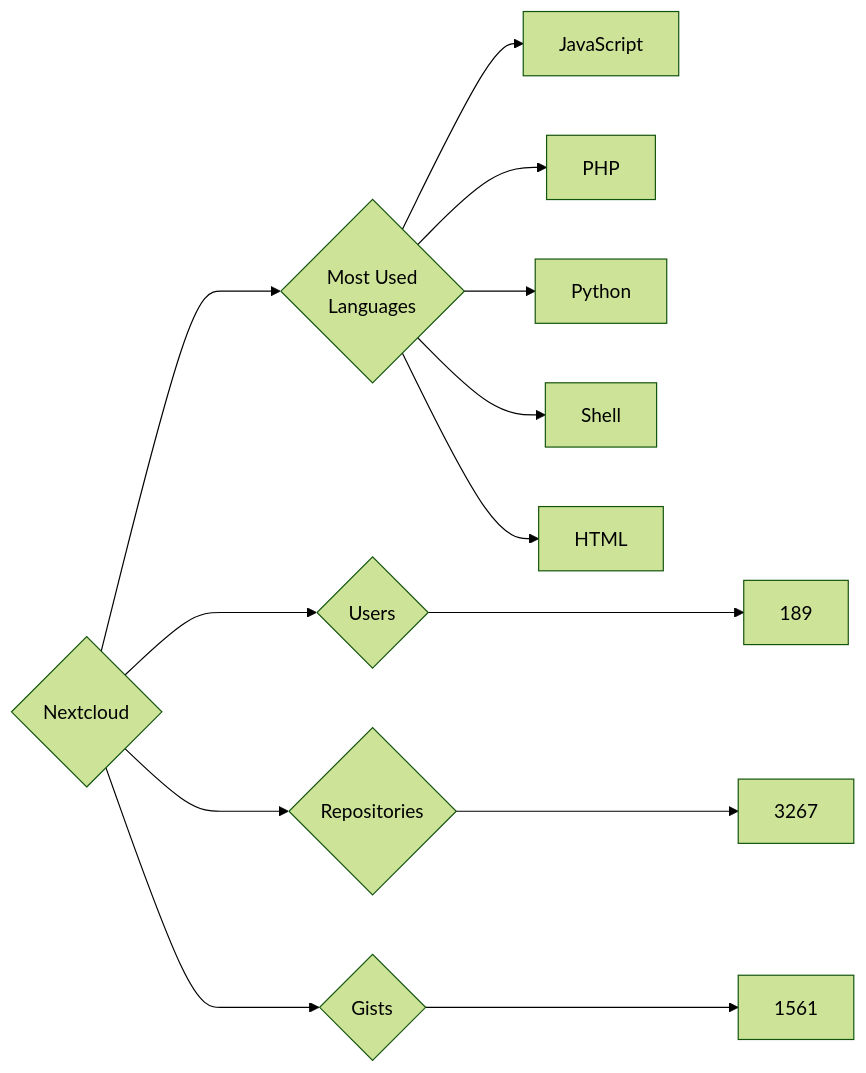
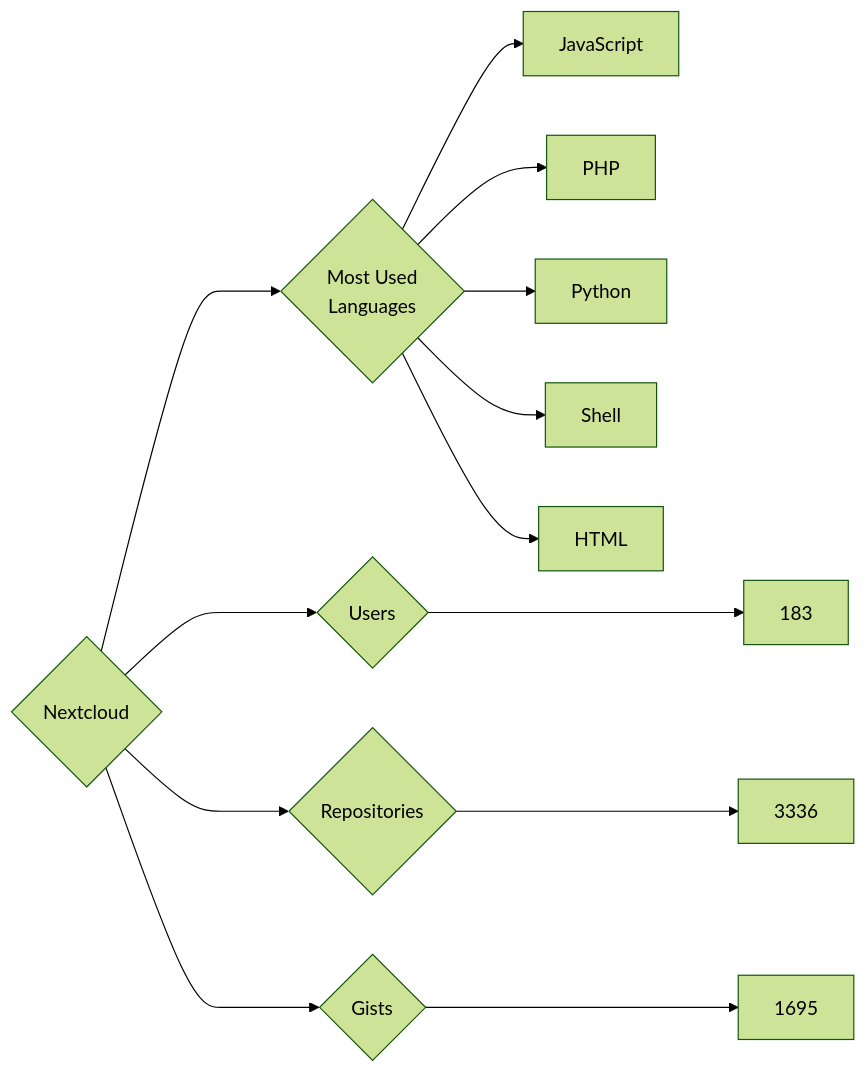
The diagram in targets/Nextcloud/README.md (trickest/insiders), drawn with Mermaid (forest theme) before and after one commit. The commit also changed 870 other files, not shown here.

````diff
--- a/targets/Nextcloud/README.md
+++ b/targets/Nextcloud/README.md
@@ -3,13 +3,13 @@
 ```mermaid
 graph LR
 COMPANY_NAME{Nextcloud}
-COMPANY_NAME ---> U{Users} ---> UN[189]
-COMPANY_NAME ---> R{Repositories} ---> RN[3267]
-COMPANY_NAME ---> G{Gists} ---> GN[1561]
+COMPANY_NAME ---> U{Users} ---> UN[183]
+COMPANY_NAME ---> R{Repositories} ---> RN[3336]
+COMPANY_NAME ---> G{Gists} ---> GN[1695]
 COMPANY_NAME ---> ML{Most Used<br>Languages}
 ML --> JavaScript[JavaScript]
 ML --> PHP[PHP]
 ML --> Python[Python]
 ML --> Shell[Shell]
 ML --> HTML[HTML]
 ```
````
